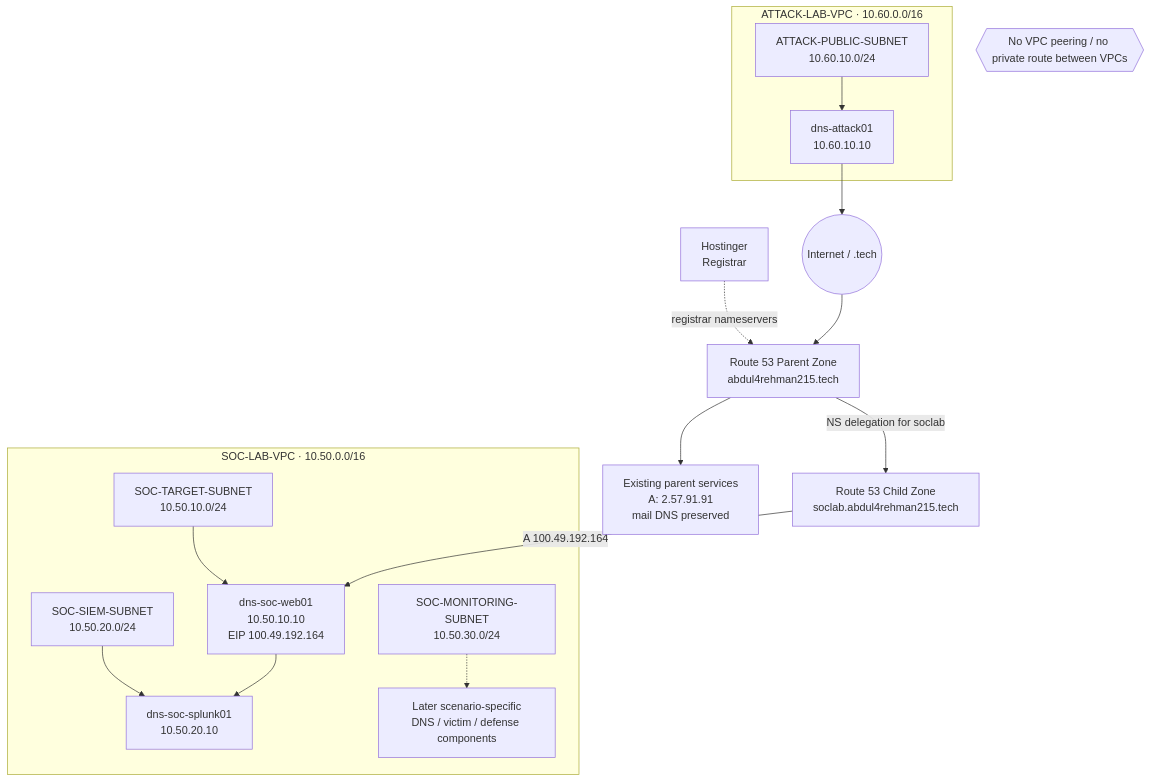
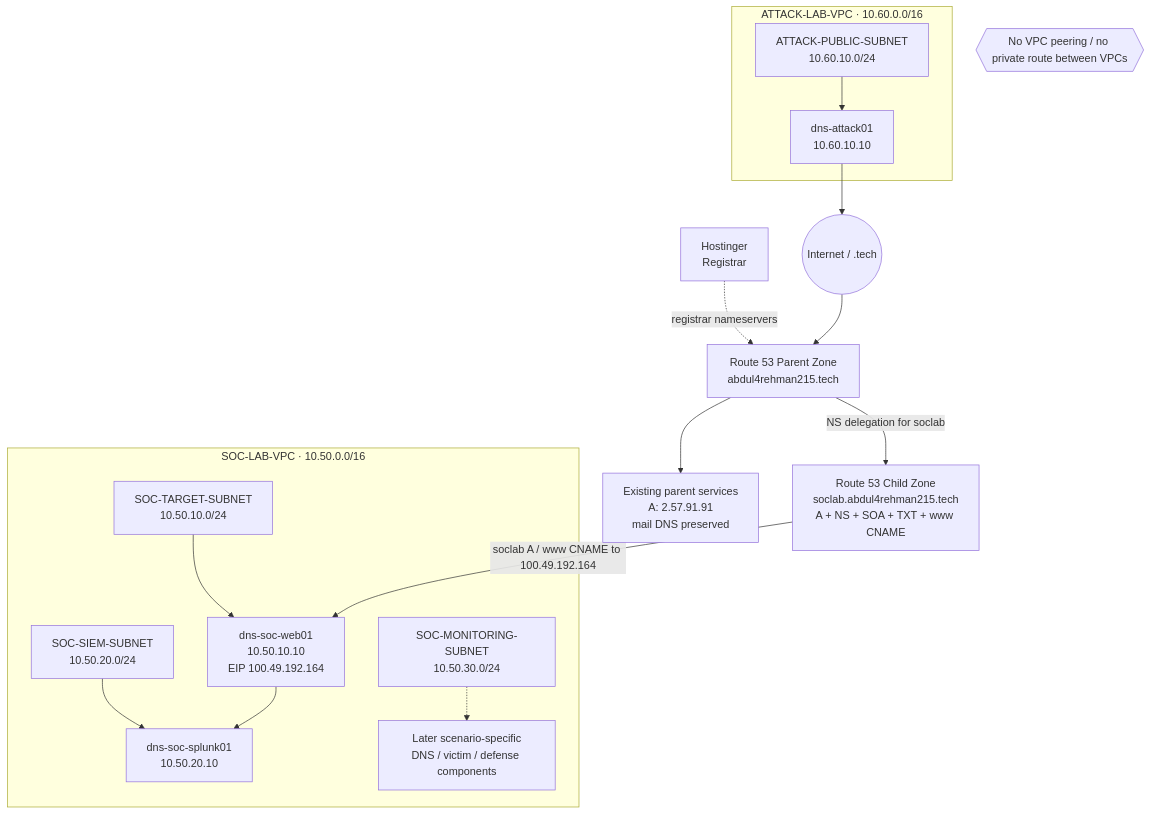
The diagram in 01-network-architecture/diagrams/base-network.mmd (DNS-SOC-Lab/DNS-Lab-Infrastructure), drawn with Mermaid before and after one commit. The commit also changed 3 other files, not shown here.

Commit message:
docs(diagrams): draw the final DNS paths

```diff
--- a/01-network-architecture/diagrams/base-network.mmd
+++ b/01-network-architecture/diagrams/base-network.mmd
@@ -1,32 +1,32 @@
 flowchart TB
     Registrar[Hostinger<br/>Registrar]
     Internet((Internet / .tech))
     Parent[Route 53 Parent Zone<br/>abdul4rehman215.tech]
-    Child[Route 53 Child Zone<br/>soclab.abdul4rehman215.tech]
+    Child[Route 53 Child Zone<br/>soclab.abdul4rehman215.tech<br/>A + NS + SOA + TXT + www CNAME]
     Existing[Existing parent services<br/>A: 2.57.91.91<br/>mail DNS preserved]
 
     subgraph ATTACK[ATTACK-LAB-VPC · 10.60.0.0/16]
         AS[ATTACK-PUBLIC-SUBNET<br/>10.60.10.0/24]
         A[dns-attack01<br/>10.60.10.10]
         AS --> A
     end
 
     subgraph SOC[SOC-LAB-VPC · 10.50.0.0/16]
         TS[SOC-TARGET-SUBNET<br/>10.50.10.0/24]
         SS[SOC-SIEM-SUBNET<br/>10.50.20.0/24]
         MS[SOC-MONITORING-SUBNET<br/>10.50.30.0/24]
         W[dns-soc-web01<br/>10.50.10.10<br/>EIP 100.49.192.164]
         S[dns-soc-splunk01<br/>10.50.20.10]
         TS --> W
         SS --> S
         MS -.-> M[Later scenario-specific<br/>DNS / victim / defense components]
     end
 
     Registrar -. registrar nameservers .-> Parent
     Internet --> Parent
     Parent --> Existing
     Parent -->|NS delegation for soclab| Child
-    Child -->|A 100.49.192.164| W
+    Child -->|soclab A / www CNAME to 100.49.192.164| W
     A --> Internet
     W --> S
     X{{No VPC peering / no private route between VPCs}}
```
